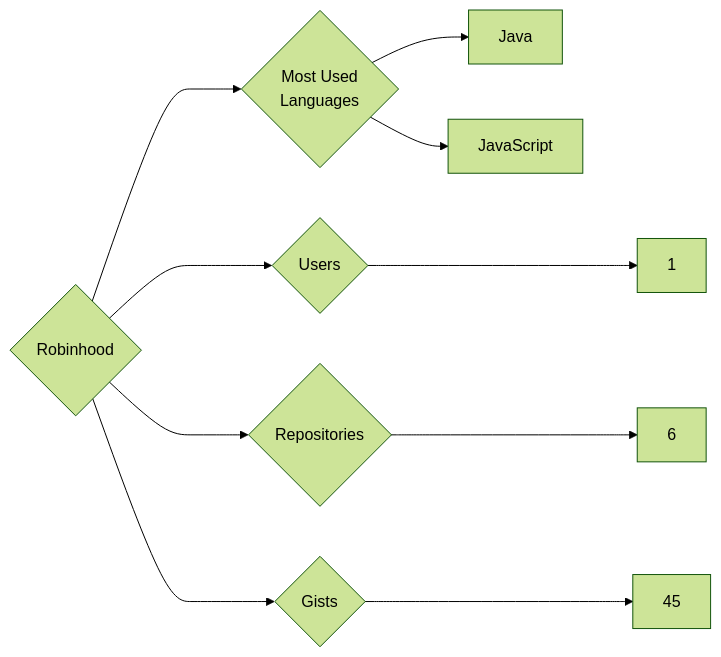
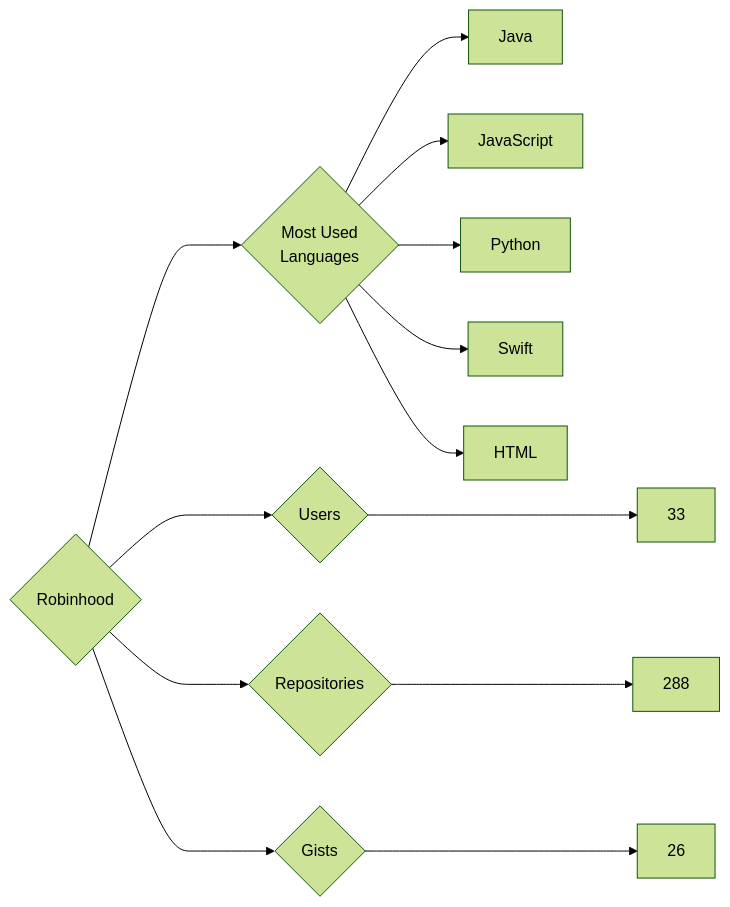
The diagram in targets/Robinhood/README.md (trickest/insiders), drawn with Mermaid (forest theme) before and after one commit. The commit also changed 765 other files, not shown here.

````diff
--- a/targets/Robinhood/README.md
+++ b/targets/Robinhood/README.md
@@ -3,10 +3,13 @@
 ```mermaid
 graph LR
 COMPANY_NAME{Robinhood}
-COMPANY_NAME ---> U{Users} ---> UN[1]
-COMPANY_NAME ---> R{Repositories} ---> RN[6]
-COMPANY_NAME ---> G{Gists} ---> GN[45]
+COMPANY_NAME ---> U{Users} ---> UN[33]
+COMPANY_NAME ---> R{Repositories} ---> RN[288]
+COMPANY_NAME ---> G{Gists} ---> GN[26]
 COMPANY_NAME ---> ML{Most Used<br>Languages}
 ML --> Java[Java]
 ML --> JavaScript[JavaScript]
+ML --> Python[Python]
+ML --> Swift[Swift]
+ML --> HTML[HTML]
 ```
````
